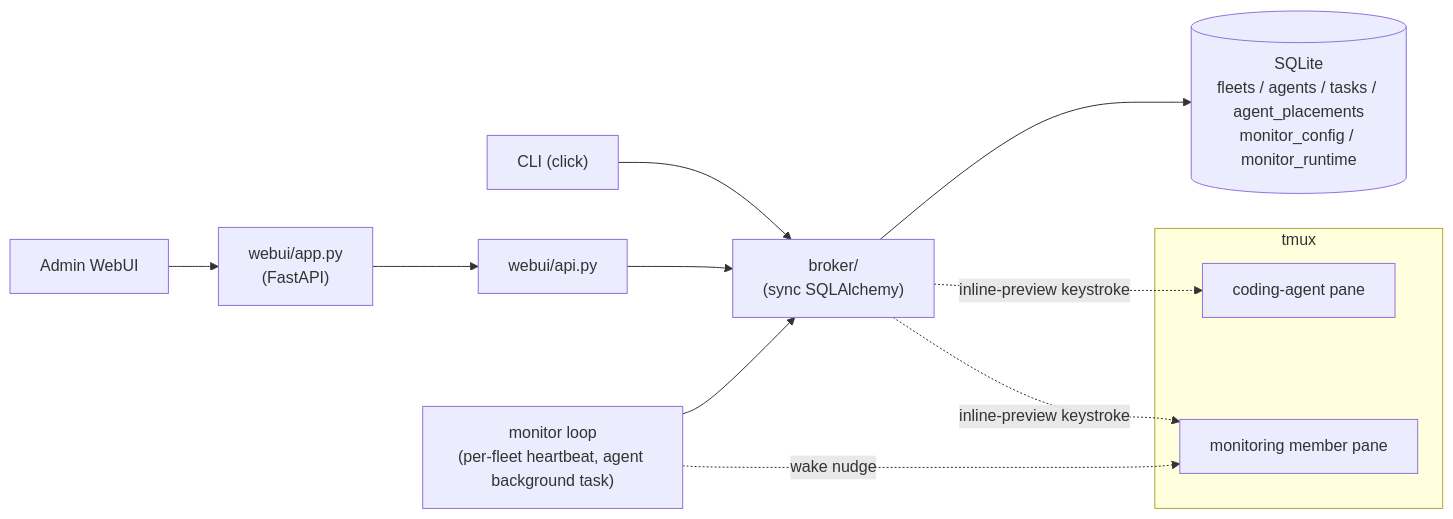
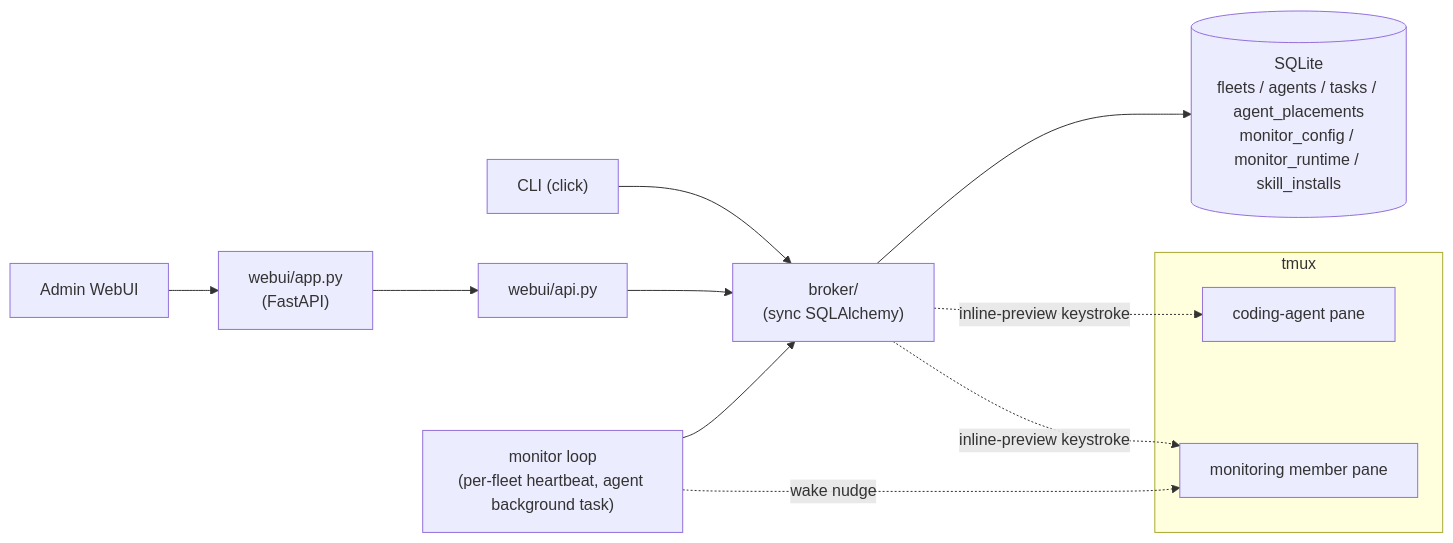
Before and after one commit to himkt/cafleet: the diagram in docs/concepts/overview.md, drawn with Mermaid. The commit also changed 8 other files, not shown here.

Commit message:
docs: restore Alembic in contributing.md and add skill_installs to overview diagram per review NB-1/NB-2

````diff
--- a/docs/concepts/overview.md
+++ b/docs/concepts/overview.md
@@ -32,17 +32,17 @@
 ```mermaid
 %%{init: {'theme': 'default', 'themeVariables': {'fontSize': '16px'}}}%%
 flowchart LR
     CLI["CLI (click)"] --> Broker["broker/<br/>(sync SQLAlchemy)"]
     WebUI["Admin WebUI"] --> Server["webui/app.py<br/>(FastAPI)"]
     Server --> WebUIAPI["webui/api.py"]
     WebUIAPI --> Broker
     Monitor["monitor loop<br/>(per-fleet heartbeat, agent background task)"] --> Broker
-    Broker --> DB[(SQLite<br/>fleets / agents / tasks / agent_placements<br/>monitor_config / monitor_runtime)]
+    Broker --> DB[(SQLite<br/>fleets / agents / tasks / agent_placements<br/>monitor_config / monitor_runtime / skill_installs)]
     subgraph Multiplexer["tmux"]
         PaneA["coding-agent pane"]
         PaneB["monitoring member pane"]
     end
     Broker -. inline-preview keystroke .-> PaneA
     Broker -. inline-preview keystroke .-> PaneB
     Monitor -. wake nudge .-> PaneB
 ```
````
